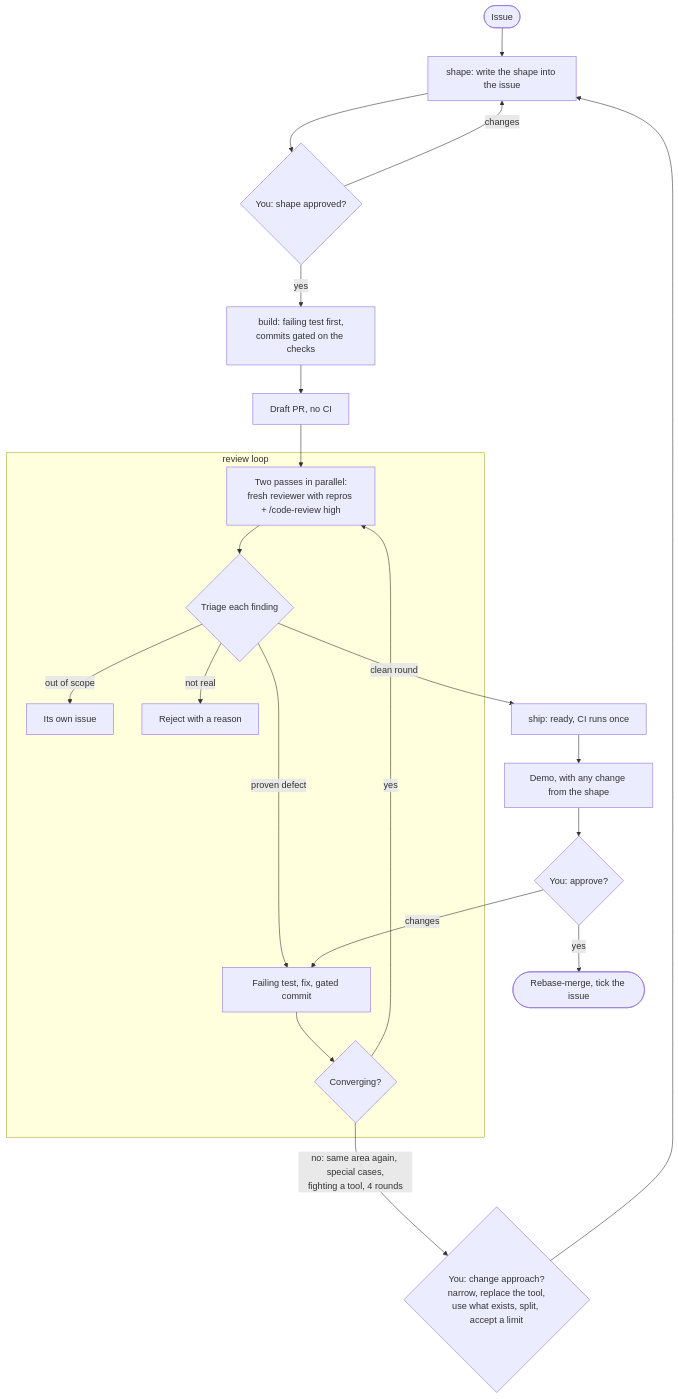
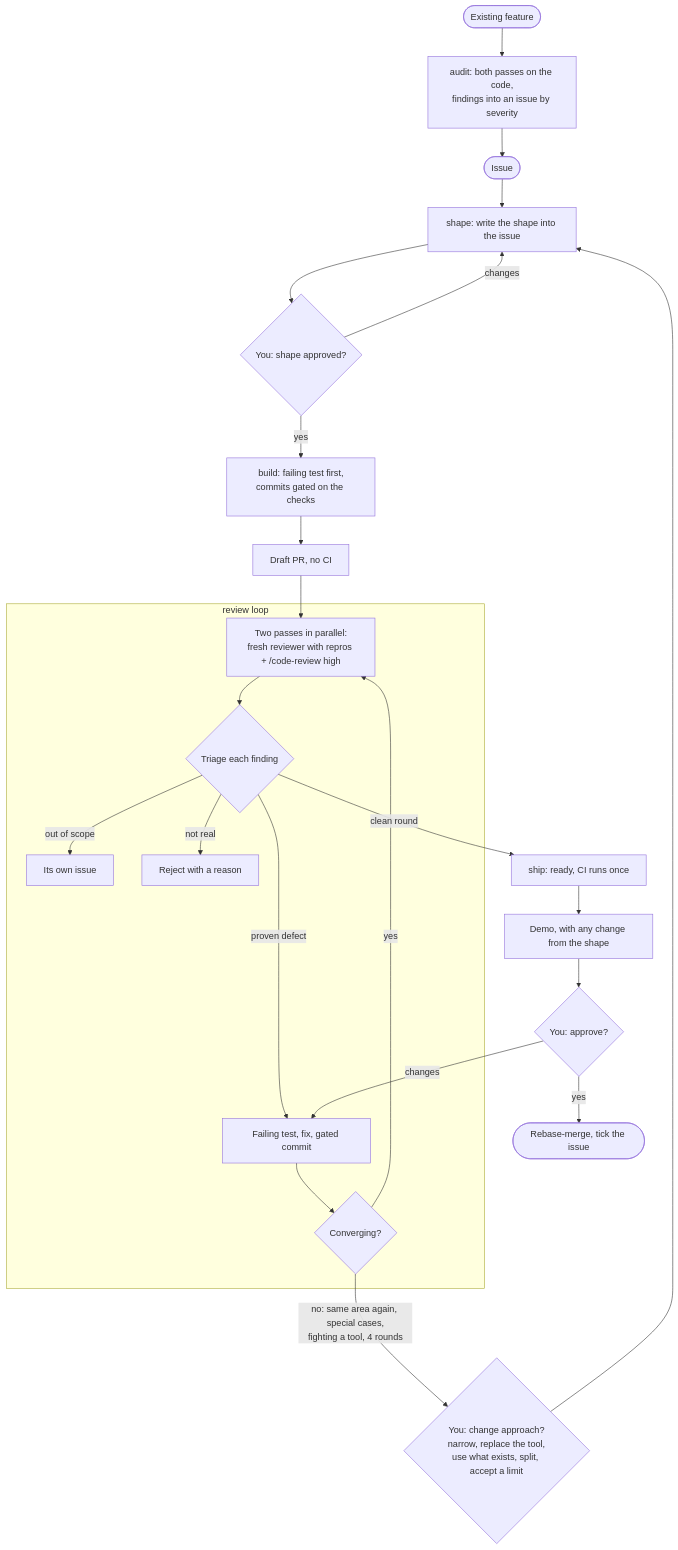
The diagram in README.md (SvetHalachev/shape-review-ship), drawn with Mermaid before and after one commit. The commit also changed other lines of this file and 2 other files, not shown here.

Commit message:
feat: an audit skill that reviews existing code first

````diff
--- a/README.md
+++ b/README.md
@@ -22,27 +23,29 @@
 ```mermaid
 flowchart TD
+    existing([Existing feature]) --> audit[audit: both passes on the code,<br/>findings into an issue by severity]
+    audit --> issue
     issue([Issue]) --> shape[shape: write the shape into the issue]
     shape --> approve1{You: shape approved?}
     approve1 -- changes --> shape
     approve1 -- yes --> build[build: failing test first,<br/>commits gated on the checks]
     build --> draft[Draft PR, no CI]
     draft --> passes
 
     subgraph loop [review loop]
         passes[Two passes in parallel:<br/>fresh reviewer with repros + /code-review high]
         passes --> triage{Triage each finding}
         triage -- proven defect --> fix[Failing test, fix, gated commit]
         triage -- out of scope --> elsewhere[Its own issue]
         triage -- not real --> reject[Reject with a reason]
         fix --> converging{Converging?}
         converging -- yes --> passes
     end
 
     converging -- "no: same area again, special cases,<br/>fighting a tool, 4 rounds" --> stepback{You: change approach?<br/>narrow, replace the tool,<br/>use what exists, split, accept a limit}
     stepback --> shape
     triage -- clean round --> ready[ship: ready, CI runs once]
     ready --> demo[Demo, with any change from the shape]
     demo --> approve2{You: approve?}
     approve2 -- yes --> merge([Rebase-merge, tick the issue])
     approve2 -- changes --> fix
 ```
````
